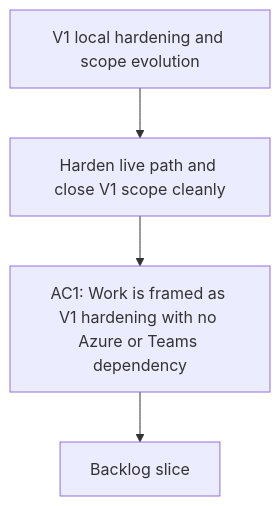
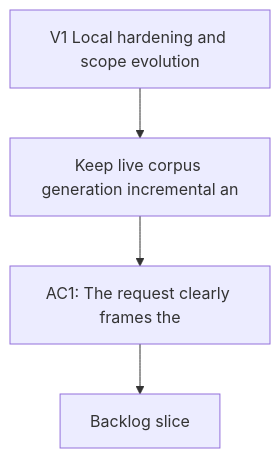
Before and after one commit to AlexAgo83/deepvault: the diagram in logics/request/req_001_v1_local_hardening_and_scope_evolution.md, drawn with Mermaid. The commit also changed 28 other files, not shown here.

````diff
--- a/logics/request/req_001_v1_local_hardening_and_scope_evolution.md
+++ b/logics/request/req_001_v1_local_hardening_and_scope_evolution.md
@@ -27,8 +27,8 @@
 ```mermaid
 %% logics-kind: request
 %% logics-signature: request|v1-local-hardening-and-scope-evolution|keep-live-corpus-generation-incremental-|ac1-the-request-clearly-frames-the
 flowchart TD
-    Trigger[V1 local hardening and scope evolution] --> Need[Harden live path and close V1 scope cleanly]
-    Need --> Outcome[AC1: Work is framed as V1 hardening with no Azure or Teams dependency]
+    Trigger[V1 Local hardening and scope evolution] --> Need[Keep live corpus generation incremental an]
+    Need --> Outcome[AC1: The request clearly frames the]
     Outcome --> Backlog[Backlog slice]
 ```
````
